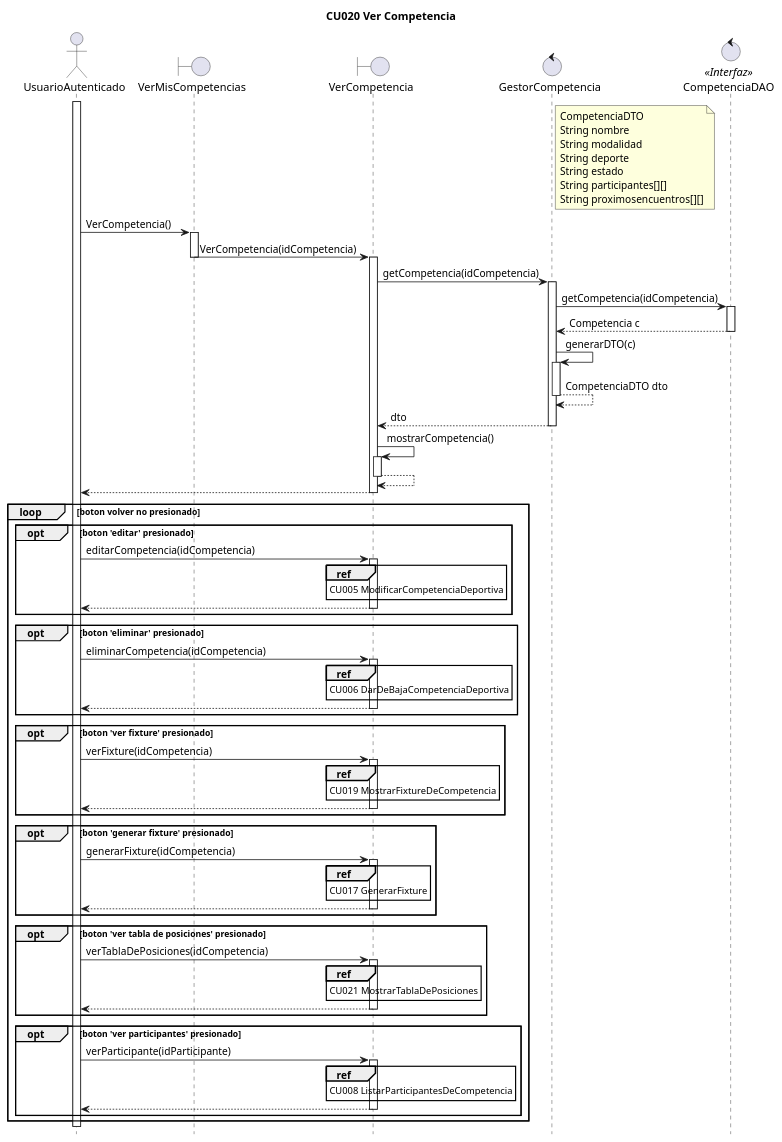
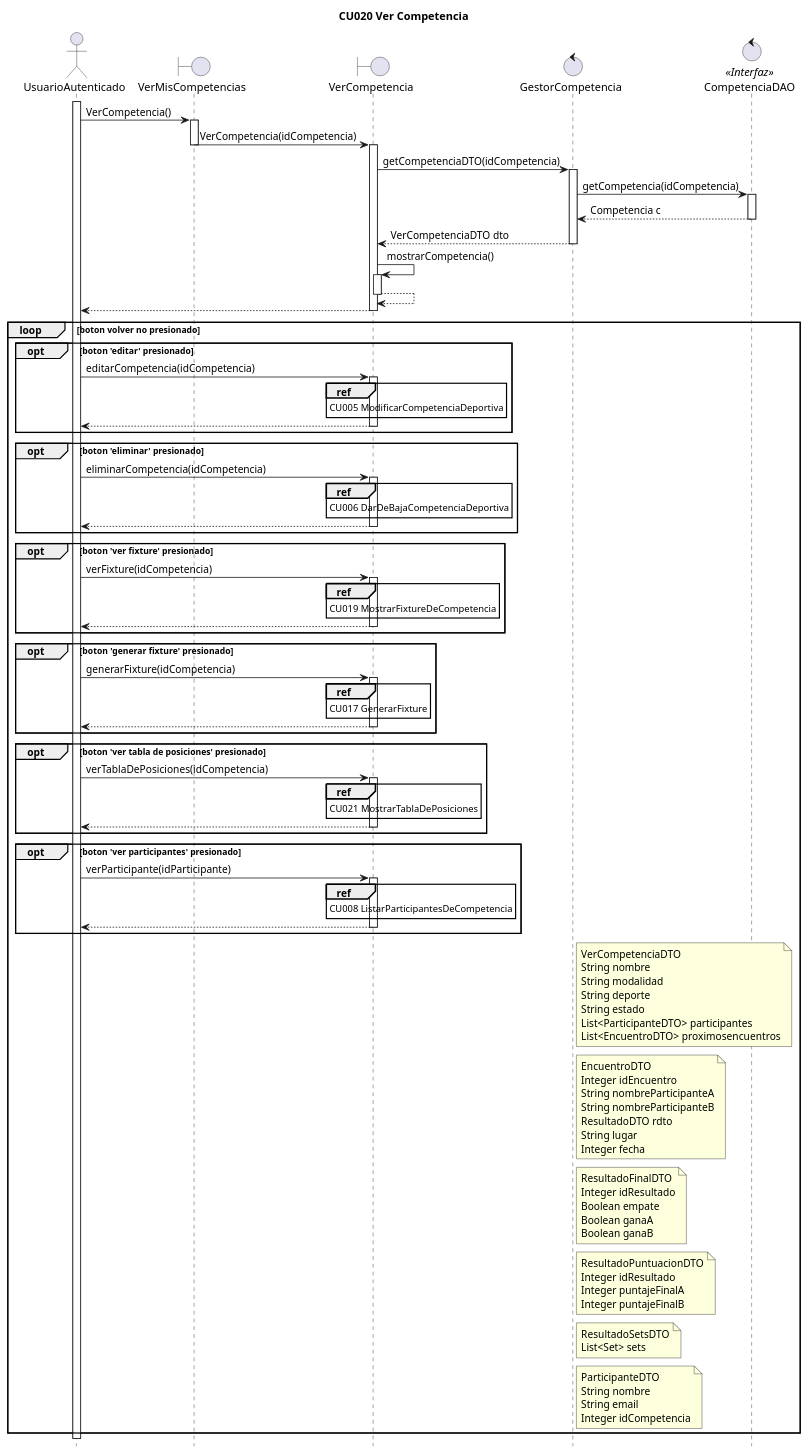
Before and after one commit to fideldalmasso/dondeJuego: the diagram in documentacion/codigos/cu020.puml, drawn with PlantUML. The commit also changed 5 other files, not shown here.

Commit message:
Actualizo diagramas de secuencia.

```diff
--- a/documentacion/codigos/cu020.puml
+++ b/documentacion/codigos/cu020.puml
@@ -1,120 +1,152 @@
 @startuml
 title CU020 Ver Competencia
 hide footbox
 actor UsuarioAutenticado as us
 boundary VerMisCompetencias as in1
 boundary VerCompetencia as in2
 control GestorCompetencia as g1
 
-note right of g1
-CompetenciaDTO
-String nombre
-String modalidad
-String deporte
-String estado
-String participantes[][]
-String proximosencuentros[][]
-end note
 
 control CompetenciaDAO  as dao1 <<Interfaz>>
 
 activate us
 us -> in1: VerCompetencia()
 
 activate in1
 in1 -> in2: VerCompetencia(idCompetencia)
 deactivate in1
 
 activate in2
-in2 -> g1: getCompetencia(idCompetencia)
+in2 -> g1: getCompetenciaDTO(idCompetencia)
 
 activate g1
 g1 -> dao1: getCompetencia(idCompetencia)
 
 activate dao1
 dao1 --> g1: Competencia c
 deactivate dao1
 
-g1 -> g1: generarDTO(c)
-activate g1
-g1 --> g1: CompetenciaDTO dto
-deactivate g1
-
-g1 --> in2:  dto
+g1 --> in2: VerCompetenciaDTO dto
 deactivate g1
 
 in2 -> in2: mostrarCompetencia()
 activate in2
 in2 --> in2
 deactivate in2
 in2 --> us
 deactivate in2
 
 loop boton volver no presionado
 
     opt boton 'editar' presionado
     us -> in2 : editarCompetencia(idCompetencia)
     activate in2
     ref over in2
     CU005 ModificarCompetenciaDeportiva
     end
     in2 --> us
     deactivate in2
     end
 
     opt boton 'eliminar' presionado
     us -> in2 : eliminarCompetencia(idCompetencia)
     activate in2
     ref over in2
     CU006 DarDeBajaCompetenciaDeportiva
     end
     in2 --> us
     deactivate in2
     end
 
 
     opt boton 'ver fixture' presionado
     us -> in2 : verFixture(idCompetencia)
     activate in2
     ref over in2
     CU019 MostrarFixtureDeCompetencia
     end
     in2 --> us
     deactivate in2
     end
 
     opt boton 'generar fixture' presionado
     us -> in2 : generarFixture(idCompetencia)
     activate in2
     ref over in2
     CU017 GenerarFixture
     end
     in2 --> us
     deactivate in2
     end
 
     opt boton 'ver tabla de posiciones' presionado
     us -> in2 : verTablaDePosiciones(idCompetencia)
     activate in2
     ref over in2
     CU021 MostrarTablaDePosiciones
     end
     in2 --> us
     deactivate in2
     end
 
     opt boton 'ver participantes' presionado
     us -> in2 : verParticipante(idParticipante)
     activate in2
     ref over in2
     CU008 ListarParticipantesDeCompetencia
     end
     in2 --> us
     deactivate in2
     end
 
+note right of g1
+VerCompetenciaDTO
+String nombre
+String modalidad
+String deporte
+String estado
+List<ParticipanteDTO> participantes
+List<EncuentroDTO> proximosencuentros
+end note
+
+note right of g1
+EncuentroDTO
+Integer idEncuentro
+String nombreParticipanteA
+String nombreParticipanteB
+ResultadoDTO rdto
+String lugar
+Integer fecha
+end note
+
+note right of g1
+ResultadoFinalDTO
+Integer idResultado
+Boolean empate
+Boolean ganaA
+Boolean ganaB
+end note
+
+note right of g1
+ResultadoPuntuacionDTO
+Integer idResultado
+Integer puntajeFinalA
+Integer puntajeFinalB
+end note
+note right of g1
+ResultadoSetsDTO
+List<Set> sets
+end note
+note right of g1
+ParticipanteDTO
+String nombre
+String email
+Integer idCompetencia
+end note
+
+
 
 
 end
 deactivate us
 @enduml
```
